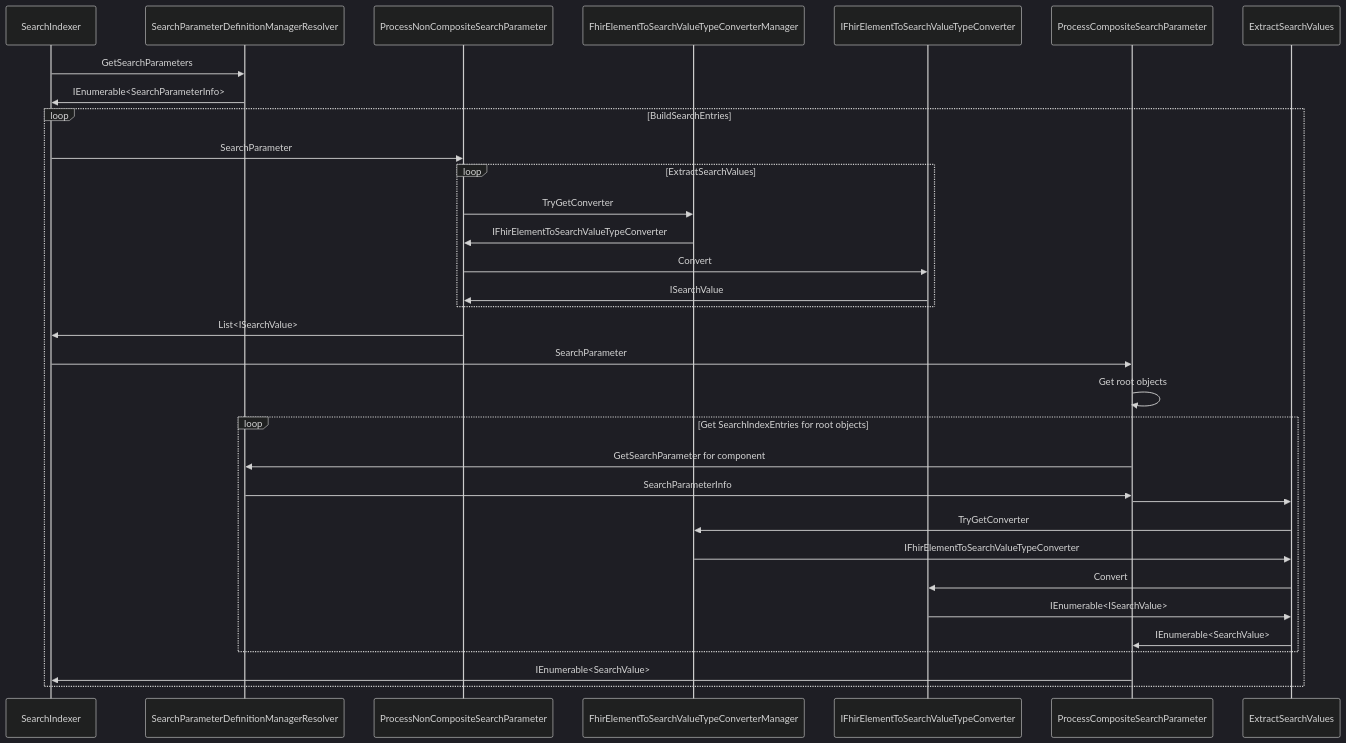
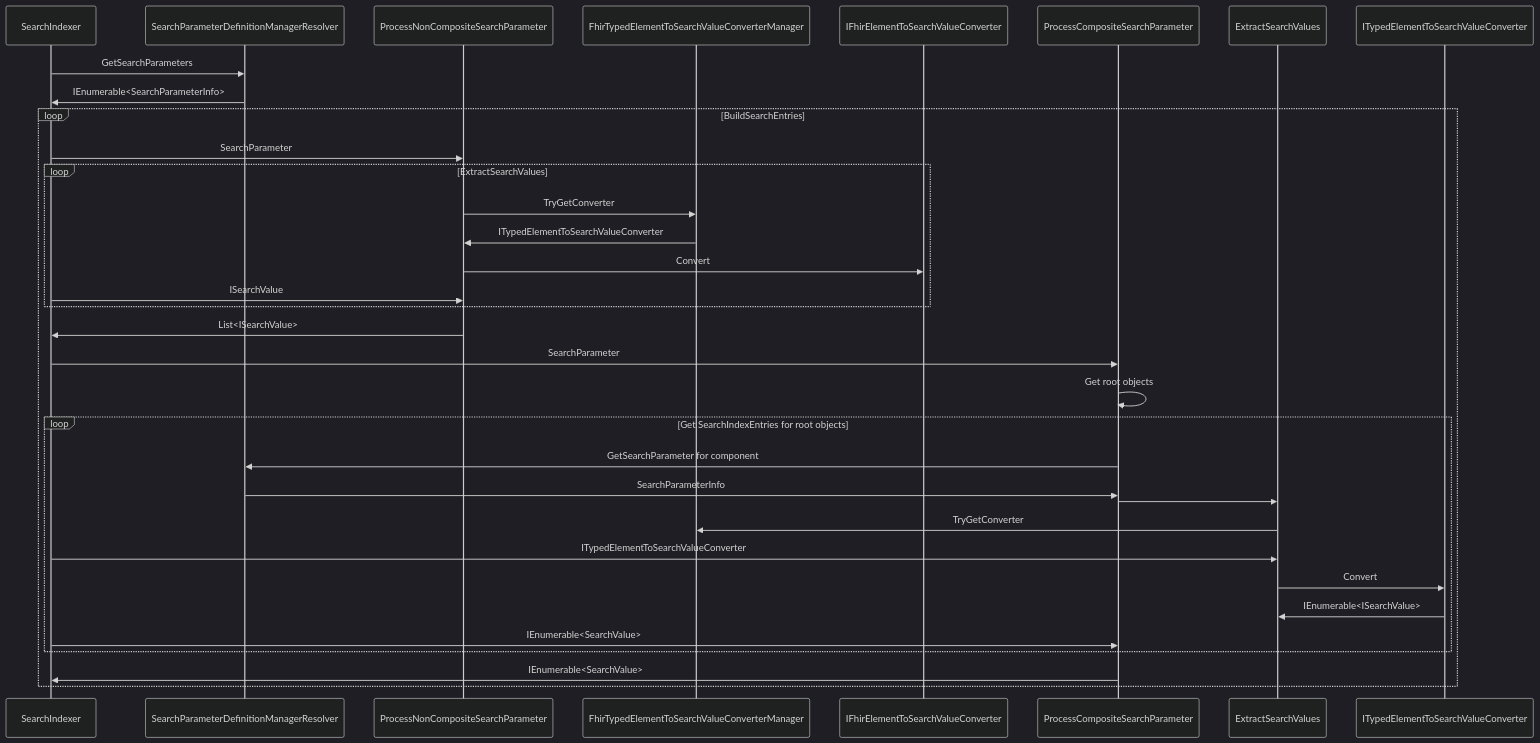
One commit to microsoft/fhir-server changed the diagram in docs/flow diagrams/searchindexer.md. Above: the diagram before and after it, drawn with Mermaid (dark theme). The commit also changed 128 other files, not shown here.

````diff
--- a/docs/flow diagrams/searchindexer.md
+++ b/docs/flow diagrams/searchindexer.md
@@ -1,28 +1,28 @@
 ```mermaid
 sequenceDiagram
     SearchIndexer->>SearchParameterDefinitionManagerResolver: GetSearchParameters
     SearchParameterDefinitionManagerResolver->>SearchIndexer: IEnumerable<SearchParameterInfo>
     loop BuildSearchEntries
         SearchIndexer->>ProcessNonCompositeSearchParameter: SearchParameter
         loop ExtractSearchValues
-            ProcessNonCompositeSearchParameter->>FhirElementToSearchValueTypeConverterManager: TryGetConverter
-            FhirElementToSearchValueTypeConverterManager->>ProcessNonCompositeSearchParameter: IFhirElementToSearchValueTypeConverter
-            ProcessNonCompositeSearchParameter->>IFhirElementToSearchValueTypeConverter: Convert
-            IFhirElementToSearchValueTypeConverter->>ProcessNonCompositeSearchParameter: ISearchValue
+            ProcessNonCompositeSearchParameter->>FhirTypedElementToSearchValueConverterManager: TryGetConverter
+            FhirTypedElementToSearchValueConverterManager->>ProcessNonCompositeSearchParameter: ITypedElementToSearchValueConverter
+            ProcessNonCompositeSearchParameter->>IFhirElementToSearchValueConverter: Convert
+            SearchIndexer->>ProcessNonCompositeSearchParameter: ISearchValue
         end
         ProcessNonCompositeSearchParameter->>SearchIndexer: List<ISearchValue>
         SearchIndexer->>ProcessCompositeSearchParameter: SearchParameter
             ProcessCompositeSearchParameter->>ProcessCompositeSearchParameter: Get root objects
             loop Get SearchIndexEntries for root objects
                 ProcessCompositeSearchParameter->>SearchParameterDefinitionManagerResolver: GetSearchParameter for component
                 SearchParameterDefinitionManagerResolver->>ProcessCompositeSearchParameter: SearchParameterInfo
                 ProcessCompositeSearchParameter->>ExtractSearchValues: 
-                ExtractSearchValues->>FhirElementToSearchValueTypeConverterManager: TryGetConverter
-                FhirElementToSearchValueTypeConverterManager->>ExtractSearchValues: IFhirElementToSearchValueTypeConverter
-                ExtractSearchValues->>IFhirElementToSearchValueTypeConverter: Convert
-                IFhirElementToSearchValueTypeConverter->>ExtractSearchValues: IEnumerable<ISearchValue>
-                ExtractSearchValues->>ProcessCompositeSearchParameter: IEnumerable<SearchValue>
+                ExtractSearchValues->>FhirTypedElementToSearchValueConverterManager: TryGetConverter
+                SearchIndexer->>ExtractSearchValues: ITypedElementToSearchValueConverter
+                ExtractSearchValues->>ITypedElementToSearchValueConverter: Convert
+                ITypedElementToSearchValueConverter->>ExtractSearchValues: IEnumerable<ISearchValue>
+                SearchIndexer->>ProcessCompositeSearchParameter: IEnumerable<SearchValue>
             end
         ProcessCompositeSearchParameter->>SearchIndexer: IEnumerable<SearchValue>
     end
 ```
````
